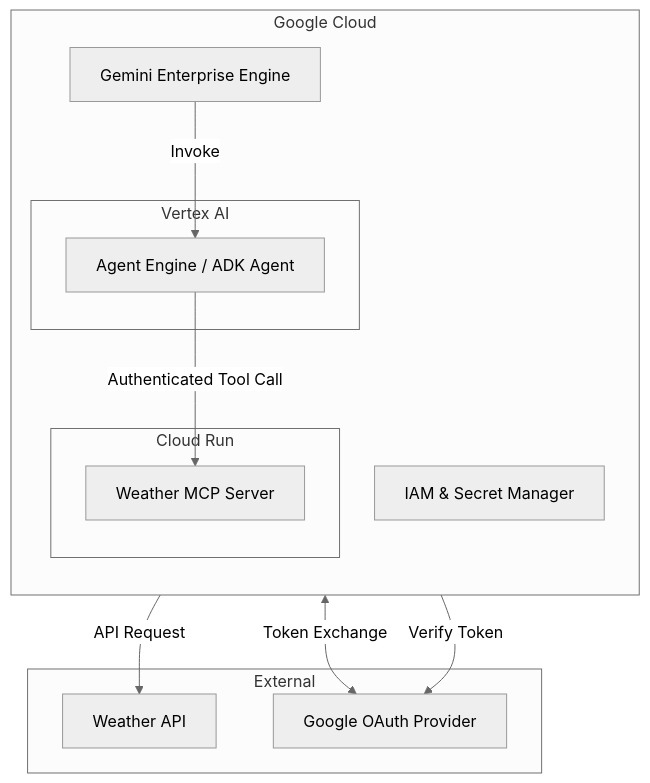
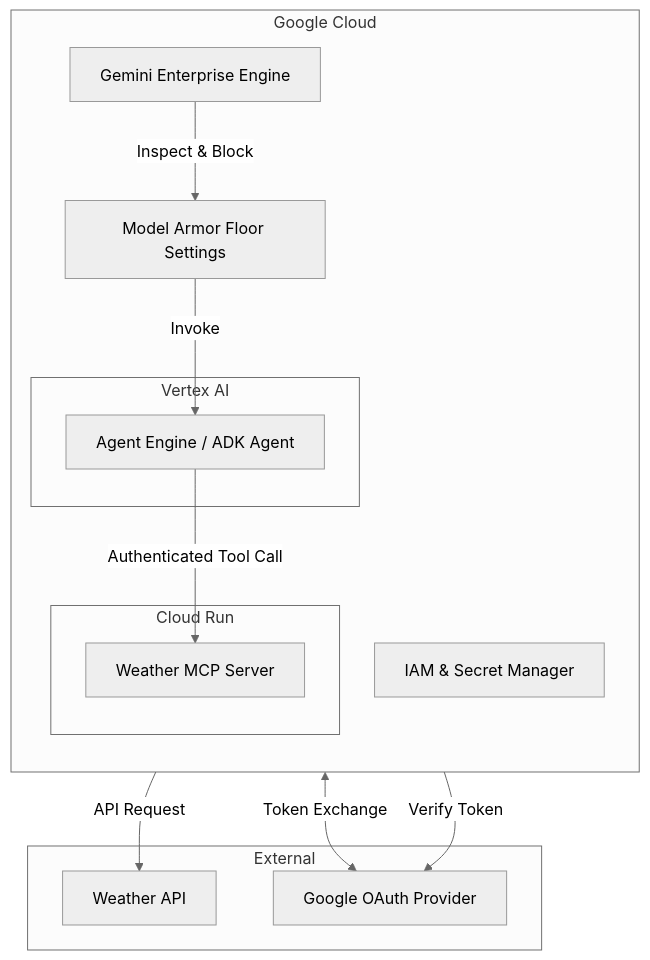
One commit to wadave/agent-solution-ops changed the second of 3 diagrams in design document.md. Above: the diagram before and after it, drawn with Mermaid (neutral theme). The commit also changed other lines of this file, not shown here.

````diff
--- a/design document.md
+++ b/design document.md
@@ -43,25 +44,27 @@
   ```mermaid
   graph TB
       subgraph "Google Cloud"
           direction TB
           GE_Engine[Gemini Enterprise Engine]
+          MA[Model Armor Floor Settings]
           subgraph "Vertex AI"
               Agent_Engine[Agent Engine / ADK Agent]
           end
           subgraph "Cloud Run"
               Cloud_Run[Weather MCP Server]
           end
           IAM[IAM & Secret Manager]
       end
 
       subgraph "External"
           NWS[Weather API]
           Google_Auth[Google OAuth Provider]
       end
 
-      GE_Engine -->|Invoke| Agent_Engine
+      GE_Engine -->|Inspect & Block| MA
+      MA -->|Invoke| Agent_Engine
       Agent_Engine -->|Authenticated Tool Call| Cloud_Run
       Cloud_Run -->|API Request| NWS
       GE_Engine <-->|Token Exchange| Google_Auth
       Cloud_Run -->|Verify Token| Google_Auth
   ```
````
